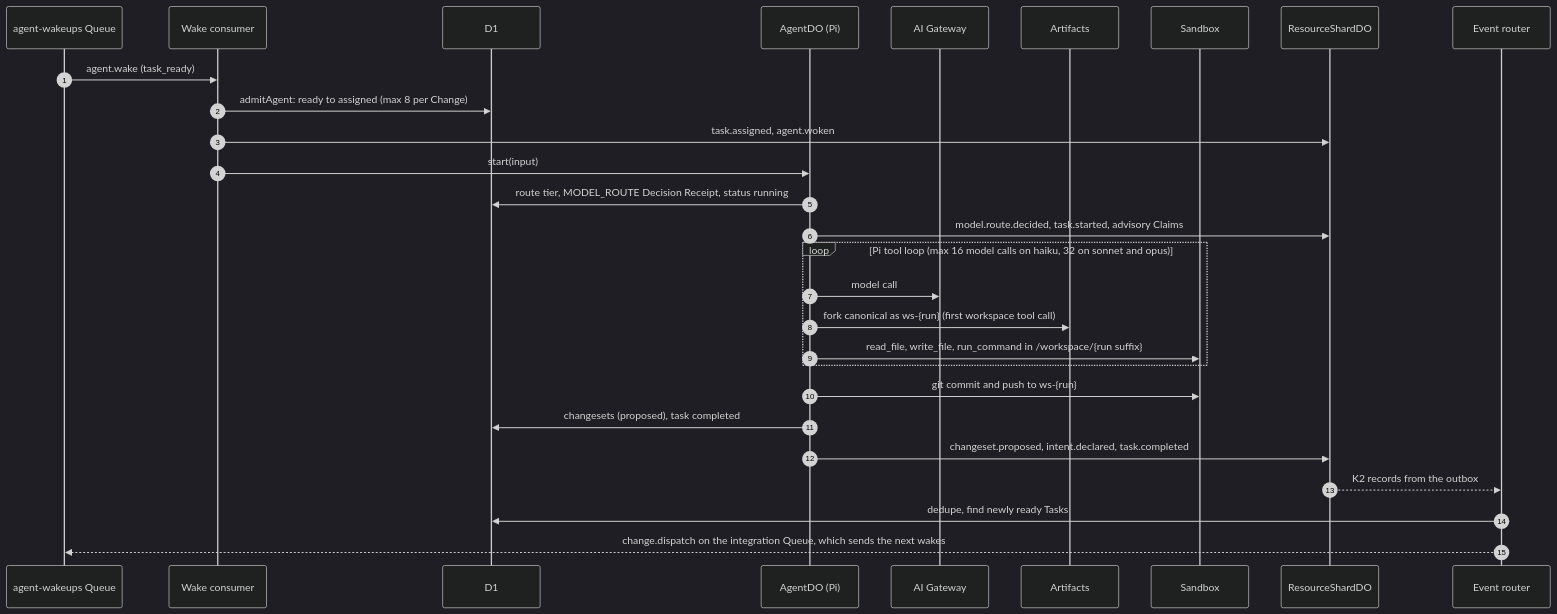
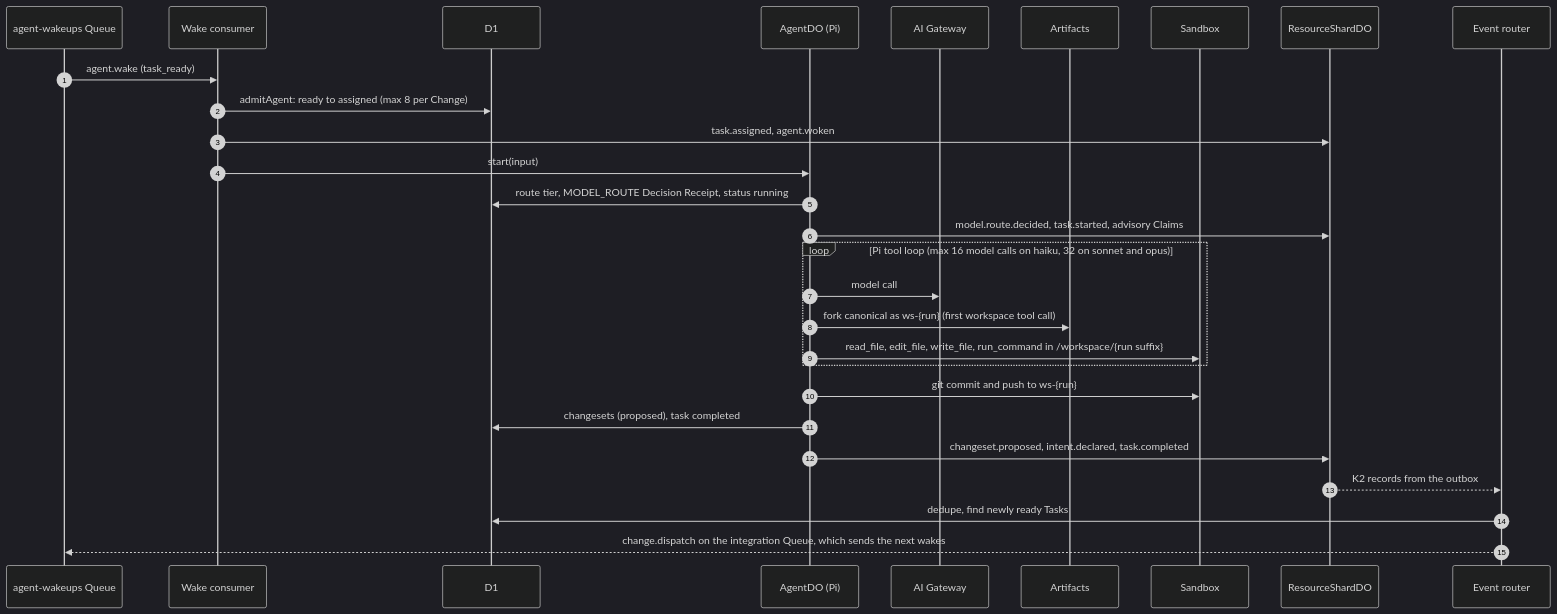
One commit to nsudhanva/rhumbatron changed the second of 7 diagrams in docs/architecture/change-lifecycle.md. Above: the diagram before and after it, drawn with Mermaid (dark theme). The commit also changed 7 other files, not shown here.

````diff
--- a/docs/architecture/change-lifecycle.md
+++ b/docs/architecture/change-lifecycle.md
@@ -107,31 +107,31 @@
 ```mermaid
 sequenceDiagram
   autonumber
   participant WQ as agent-wakeups Queue
   participant AC as Wake consumer
   participant D1 as D1
   participant A as AgentDO (Pi)
   participant GW as AI Gateway
   participant Art as Artifacts
   participant SBX as Sandbox
   participant Shard as ResourceShardDO
   participant ER as Event router
 
   WQ->>AC: agent.wake (task_ready)
   AC->>D1: admitAgent: ready to assigned (max 8 per Change)
   AC->>Shard: task.assigned, agent.woken
   AC->>A: start(input)
   A->>D1: route tier, MODEL_ROUTE Decision Receipt, status running
   A->>Shard: model.route.decided, task.started, advisory Claims
   loop Pi tool loop (max 16 model calls on haiku, 32 on sonnet and opus)
     A->>GW: model call
     A->>Art: fork canonical as ws-{run} (first workspace tool call)
-    A->>SBX: read_file, write_file, run_command in /workspace/{run suffix}
+    A->>SBX: read_file, edit_file, write_file, run_command in /workspace/{run suffix}
   end
   A->>SBX: git commit and push to ws-{run}
   A->>D1: changesets (proposed), task completed
   A->>Shard: changeset.proposed, intent.declared, task.completed
   Shard-->>ER: K2 records from the outbox
   ER->>D1: dedupe, find newly ready Tasks
   ER-->>WQ: change.dispatch on the integration Queue, which sends the next wakes
 ```
````
